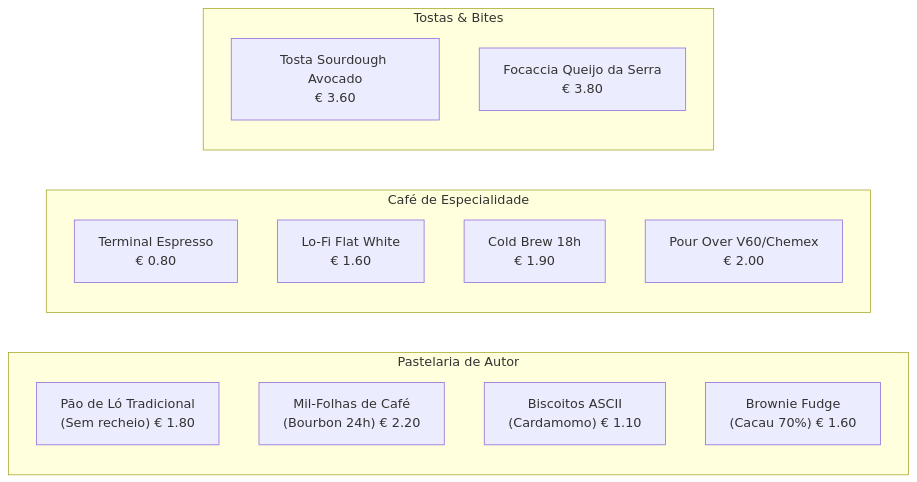
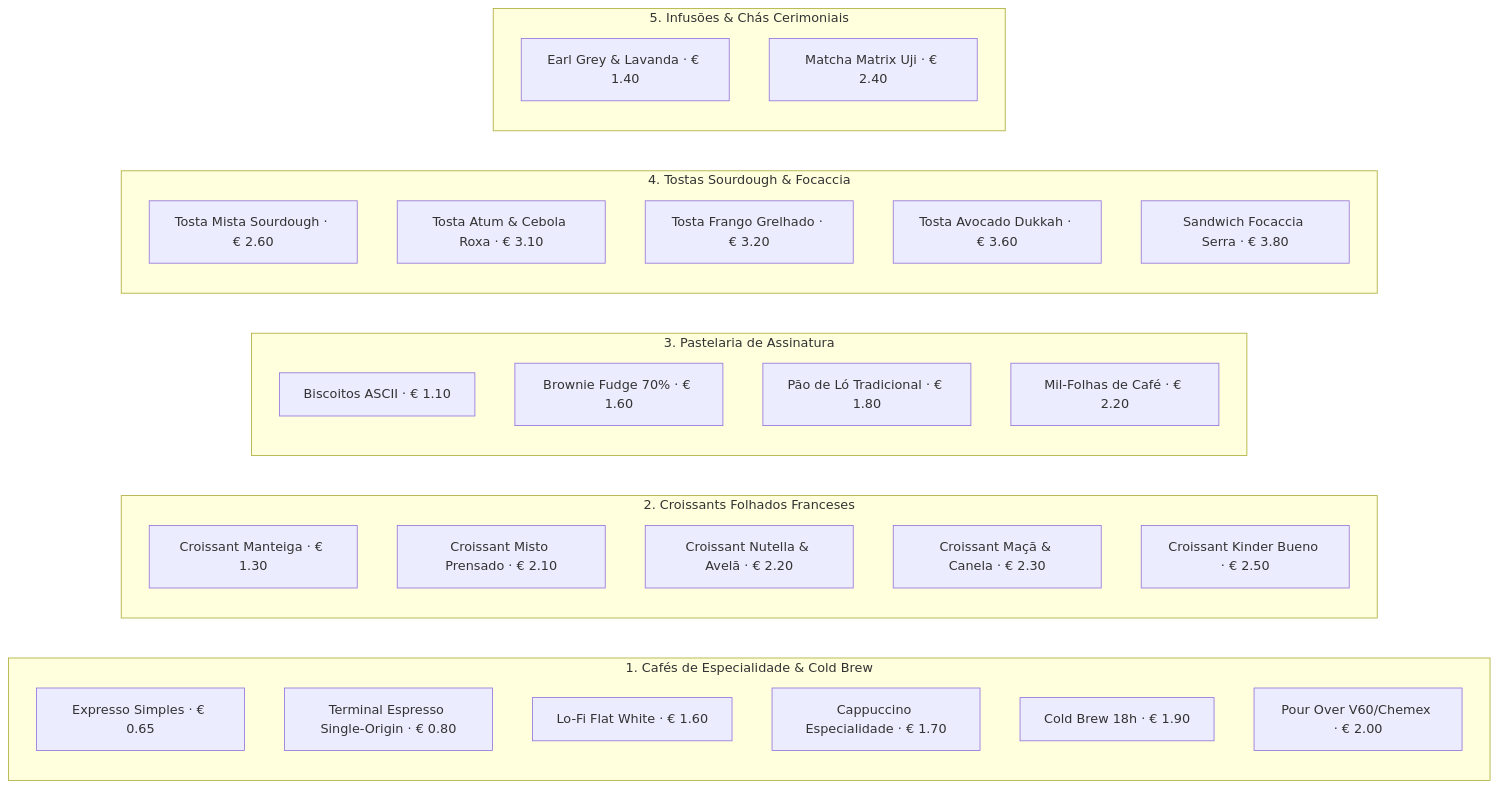
The fifth of 14 diagrams in PLANO_CYBERCAFE.md (RKRomao/PlanB), drawn with Mermaid before and after one commit. The commit also changed other lines of this file and 17 other files, not shown here.

````diff
--- a/PLANO_CYBERCAFE.md
+++ b/PLANO_CYBERCAFE.md
@@ -178,19 +178,35 @@
 ```mermaid
 graph LR
-    subgraph Pastelaria["Pastelaria de Autor"]
-        P1["Pão de Ló Tradicional<br/>(Sem recheio) € 1.80"]
-        P2["Mil-Folhas de Café<br/>(Bourbon 24h) € 2.20"]
-        P3["Biscoitos ASCII<br/>(Cardamomo) € 1.10"]
-        P4["Brownie Fudge<br/>(Cacau 70%) € 1.60"]
+    subgraph Cafetaria["1. Cafés de Especialidade & Cold Brew"]
+        C1["Expresso Simples · € 0.65"]
+        C2["Terminal Espresso Single-Origin · € 0.80"]
+        C3["Lo-Fi Flat White · € 1.60"]
+        C4["Cappuccino Especialidade · € 1.70"]
+        C5["Cold Brew 18h · € 1.90"]
+        C6["Pour Over V60/Chemex · € 2.00"]
     end
-    subgraph Cafetaria["Café de Especialidade"]
-        C1["Terminal Espresso<br/>€ 0.80"]
-        C2["Lo-Fi Flat White<br/>€ 1.60"]
-        C3["Cold Brew 18h<br/>€ 1.90"]
-        C4["Pour Over V60/Chemex<br/>€ 2.00"]
+    subgraph Croissants["2. Croissants Folhados Franceses"]
+        CR1["Croissant Manteiga · € 1.30"]
+        CR2["Croissant Misto Prensado · € 2.10"]
+        CR3["Croissant Nutella & Avelã · € 2.20"]
+        CR4["Croissant Maçã & Canela · € 2.30"]
+        CR5["Croissant Kinder Bueno · € 2.50"]
     end
-    subgraph Salgados["Tostas & Bites"]
-        S1["Tosta Sourdough Avocado<br/>€ 3.60"]
-        S2["Focaccia Queijo da Serra<br/>€ 3.80"]
+    subgraph Pastelaria["3. Pastelaria de Assinatura"]
+        P1["Biscoitos ASCII · € 1.10"]
+        P2["Brownie Fudge 70% · € 1.60"]
+        P3["Pão de Ló Tradicional · € 1.80"]
+        P4["Mil-Folhas de Café · € 2.20"]
+    end
+    subgraph Salgados["4. Tostas Sourdough & Focaccia"]
+        S1["Tosta Mista Sourdough · € 2.60"]
+        S2["Tosta Atum & Cebola Roxa · € 3.10"]
+        S3["Tosta Frango Grelhado · € 3.20"]
+        S4["Tosta Avocado Dukkah · € 3.60"]
+        S5["Sandwich Focaccia Serra · € 3.80"]
+    end
+    subgraph Chas["5. Infusões & Chás Cerimoniais"]
+        T1["Earl Grey & Lavanda · € 1.40"]
+        T2["Matcha Matrix Uji · € 2.40"]
     end
 ```
````
